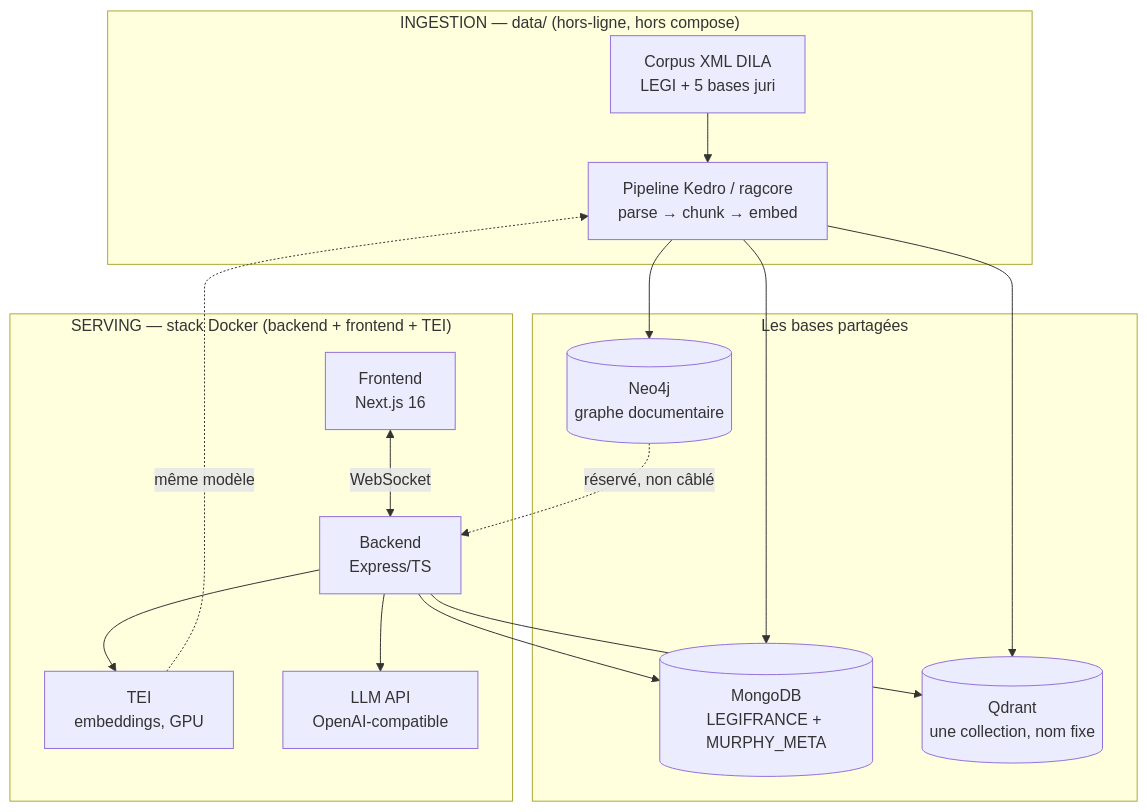
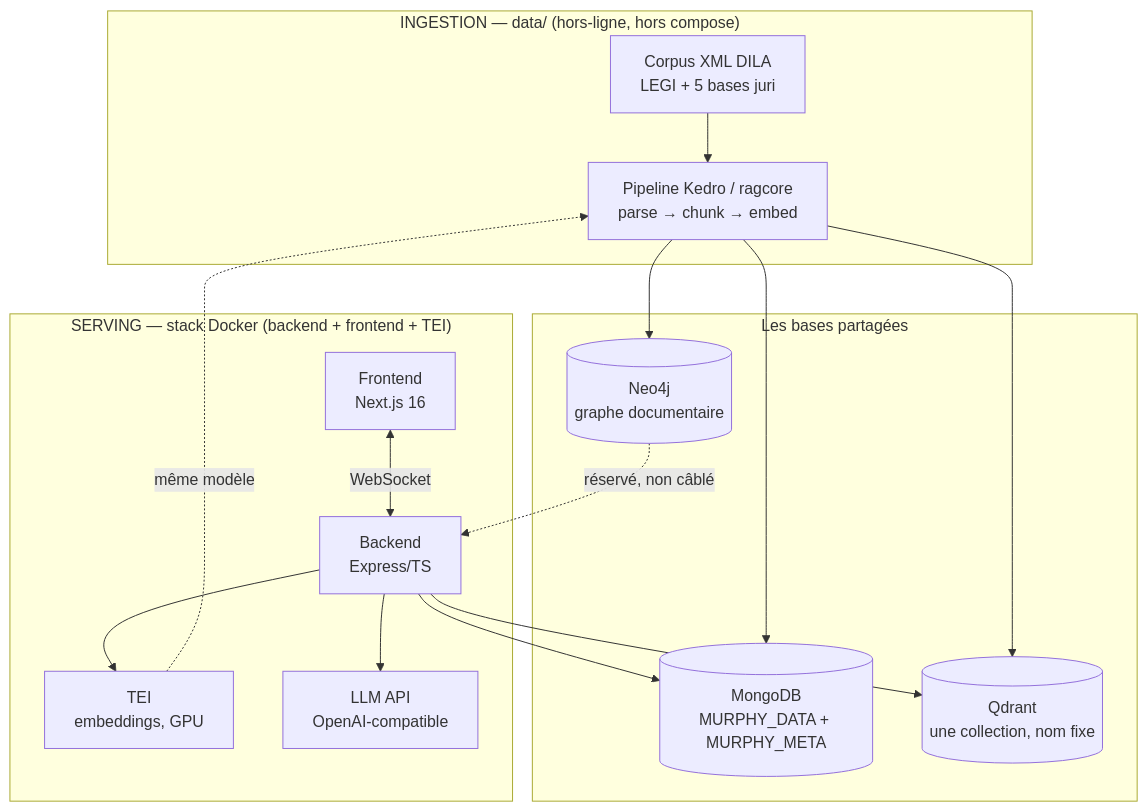
The diagram in docs/technical/ARCHITECTURE.md (nmoutou/murphy), drawn with Mermaid before and after one commit. The commit also changed other lines of this file and 21 other files, not shown here.

First line of the commit message:
refactor(data): la base LEGIFRANCE devient MURPHY_DATA, meta_run_summaries devient run_summaries

````diff
--- a/docs/technical/ARCHITECTURE.md
+++ b/docs/technical/ARCHITECTURE.md
@@ -18,23 +18,23 @@
 ```mermaid
 flowchart TB
     subgraph ingestion ["INGESTION — data/ (hors-ligne, hors compose)"]
         XML[Corpus XML DILA<br>LEGI + 5 bases juri] --> Kedro[Pipeline Kedro / ragcore<br>parse → chunk → embed]
     end
 
     subgraph stores ["Les bases partagées"]
-        Mongo[(MongoDB<br>LEGIFRANCE + MURPHY_META)]
+        Mongo[(MongoDB<br>MURPHY_DATA + MURPHY_META)]
         Qdrant[(Qdrant<br>une collection, nom fixe)]
         Neo4j[(Neo4j<br>graphe documentaire)]
     end
 
     subgraph serving ["SERVING — stack Docker (backend + frontend + TEI)"]
         Front[Frontend<br>Next.js 16] <-- WebSocket --> Back[Backend<br>Express/TS]
         Back --> TEI[TEI<br>embeddings, GPU]
         Back --> LLM[LLM API<br>OpenAI-compatible]
     end
 
     Kedro --> Mongo & Qdrant & Neo4j
     TEI -.->|même modèle| Kedro
     Back --> Mongo & Qdrant
     Neo4j -.->|réservé, non câblé| Back
 ```
````
